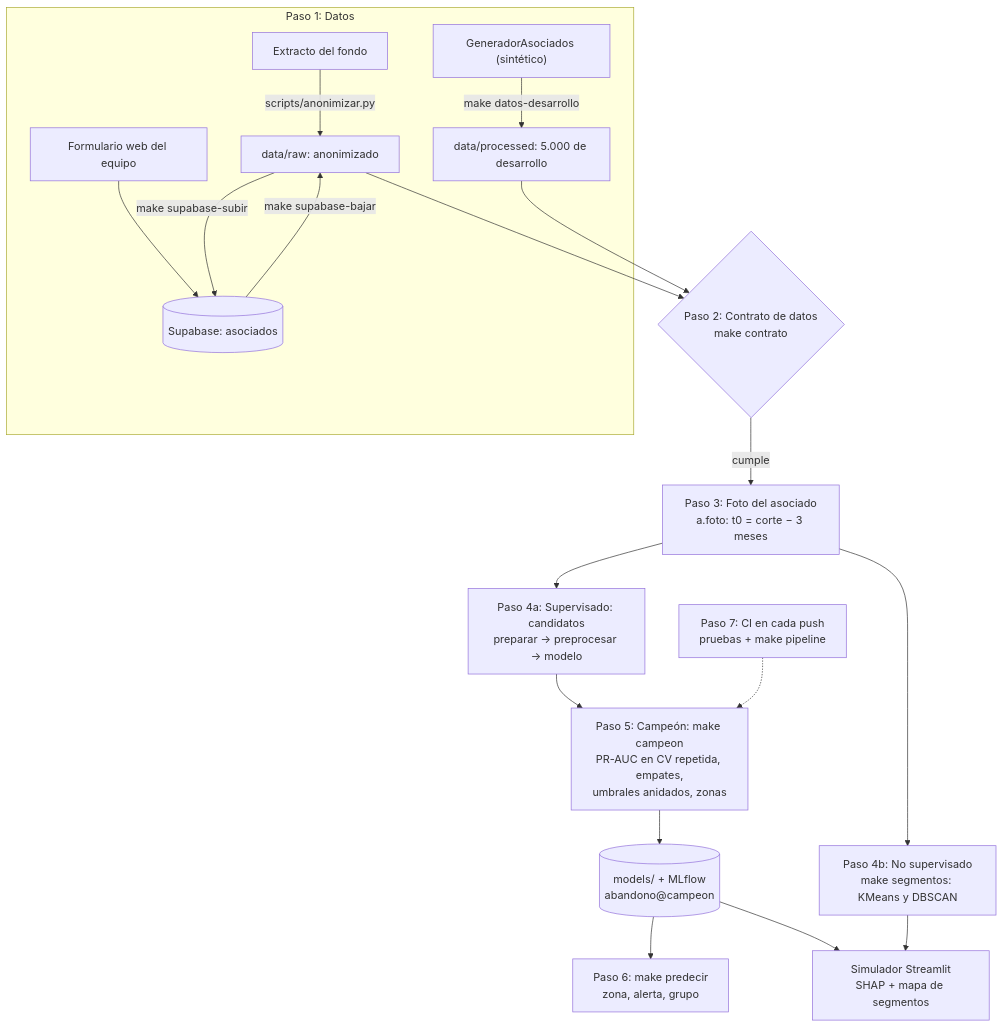
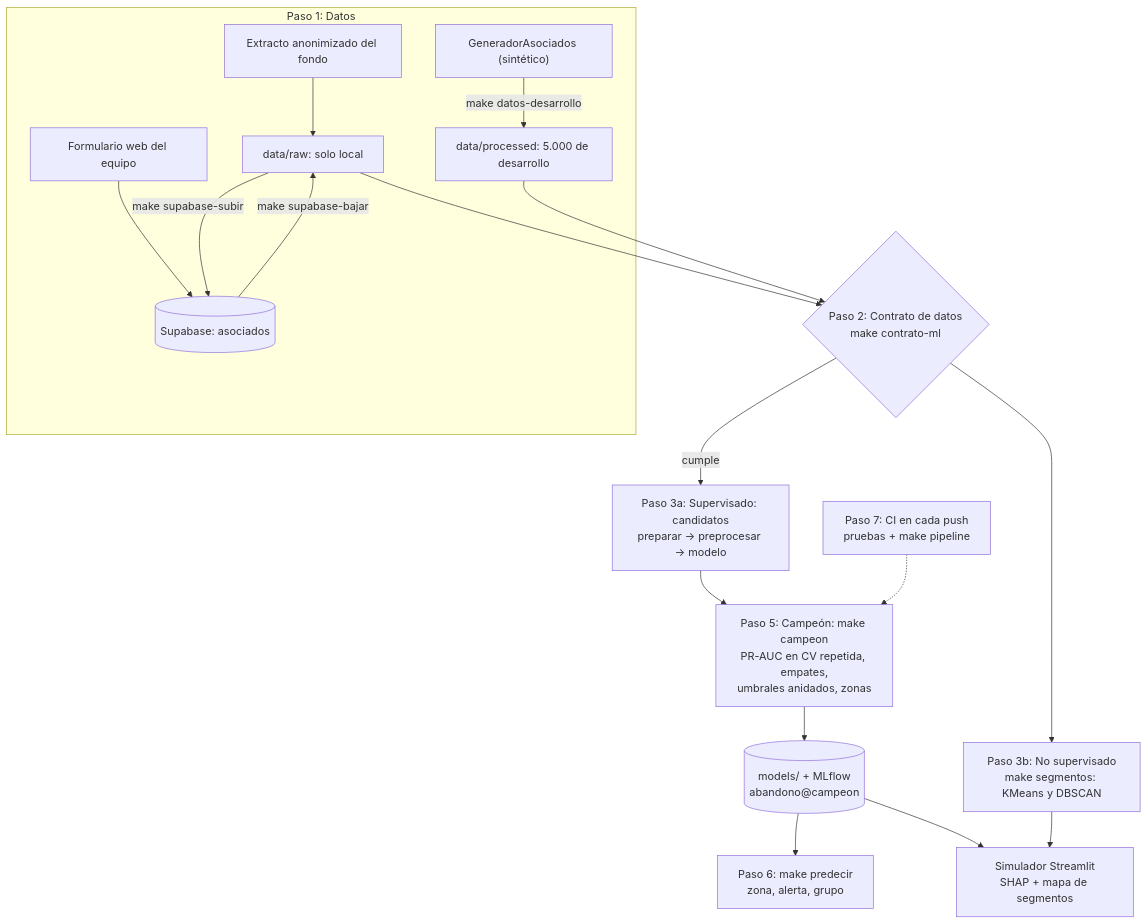
Before and after one commit to juanccadavid/proyecto-ml: the diagram in README.md, drawn with Mermaid. The commit also changed other lines of this file and 49 other files, not shown here.

````diff
--- a/README.md
+++ b/README.md
@@ -222,21 +197,20 @@
 ```mermaid
 flowchart TD
     subgraph datos["Paso 1: Datos"]
-        EXT["Extracto del fondo"] -->|"scripts/anonimizar.py"| RAW["data/raw: anonimizado"]
+        EXT["Extracto anonimizado del fondo"] --> RAW["data/raw: solo local"]
         FORM["Formulario web del equipo"] --> SUPA[("Supabase: asociados")]
         RAW -->|"make supabase-subir"| SUPA
         SUPA -->|"make supabase-bajar"| RAW
         GEN["GeneradorAsociados (sintético)"] -->|"make datos-desarrollo"| DEV["data/processed: 5.000 de desarrollo"]
     end
     RAW --> CONTRATO
     DEV --> CONTRATO
-    CONTRATO{"Paso 2: Contrato de datos<br/>make contrato"} -->|cumple| FOTO["Paso 3: Foto del asociado<br/>a.foto: t0 = corte − 3 meses"]
-    FOTO --> SUP["Paso 4a: Supervisado: candidatos<br/>preparar → preprocesar → modelo"]
-    FOTO --> NOSUP["Paso 4b: No supervisado<br/>make segmentos: KMeans y DBSCAN"]
+    CONTRATO{"Paso 2: Contrato de datos<br/>make contrato-ml"} -->|cumple| SUP["Paso 3a: Supervisado: candidatos<br/>preparar → preprocesar → modelo"]
+    CONTRATO --> NOSUP["Paso 3b: No supervisado<br/>make segmentos: KMeans y DBSCAN"]
     SUP --> CAMP["Paso 5: Campeón: make campeon<br/>PR-AUC en CV repetida, empates,<br/>umbrales anidados, zonas"]
     CAMP --> MOD[("models/ + MLflow<br/>abandono@campeon")]
     MOD --> PRED["Paso 6: make predecir<br/>zona, alerta, grupo"]
     MOD --> APP["Simulador Streamlit<br/>SHAP + mapa de segmentos"]
     NOSUP --> APP
     CI["Paso 7: CI en cada push<br/>pruebas + make pipeline"] -.-> CAMP
 ```
````
